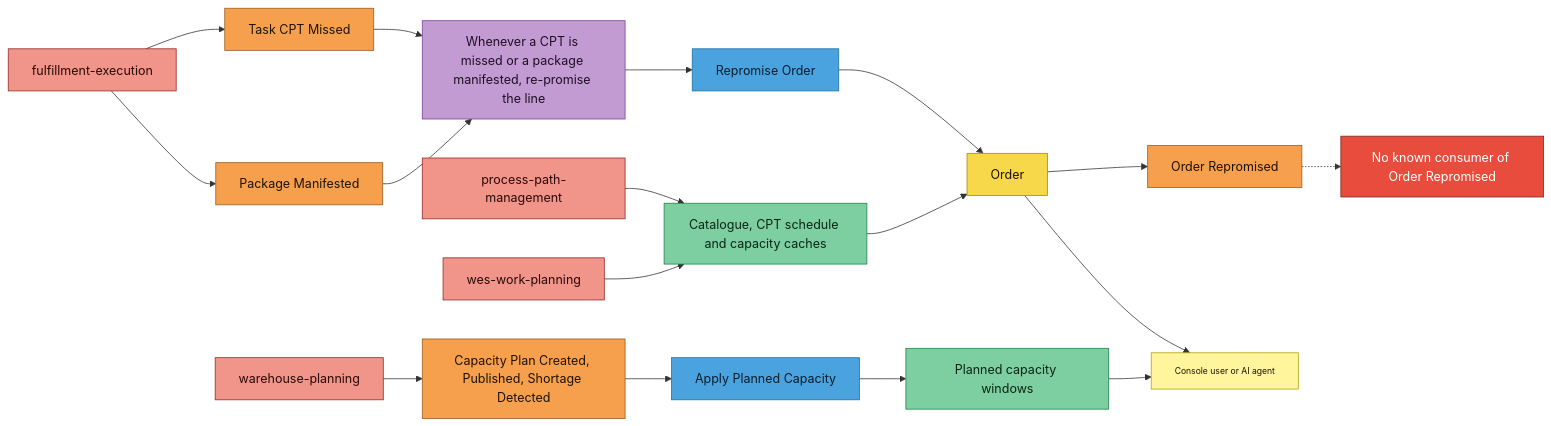
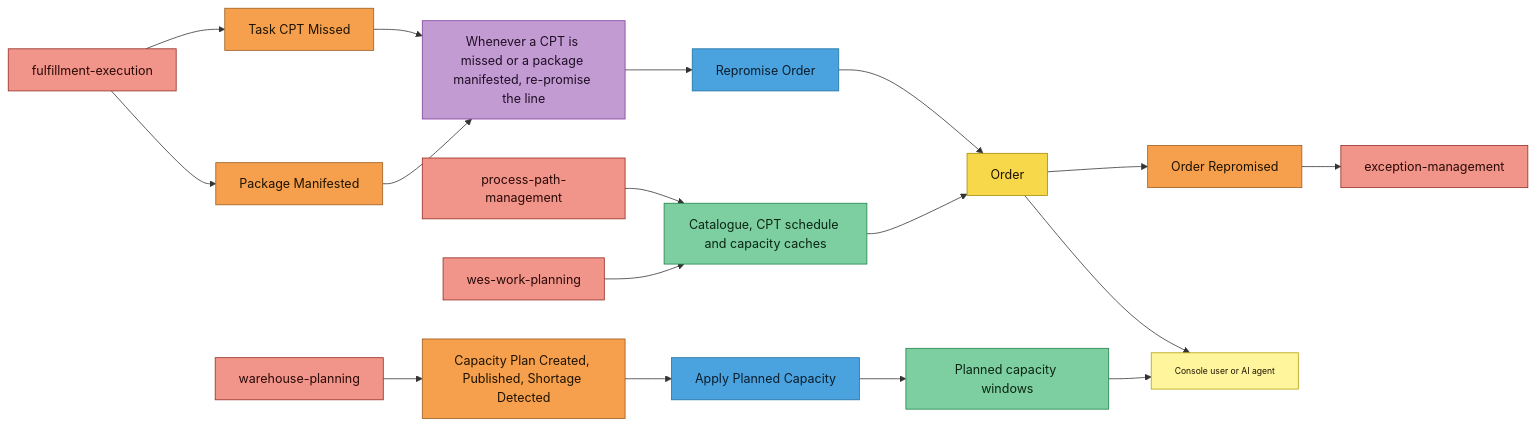
The fourth of 4 diagrams in docs/docs/ddd/eventstorming.md (IQVO/order-management), drawn with Mermaid before and after one commit. The commit also changed other lines of this file and 9 other files, not shown here.

Commit message:
docs(order-management): name the OrderRepromised and SiteSkuDemandChanged consumers and the orphaned-hold sweep owner

````diff
--- a/docs/docs/ddd/eventstorming.md
+++ b/docs/docs/ddd/eventstorming.md
@@ -169,39 +169,39 @@
 ```mermaid
 flowchart LR
   FE["fulfillment-execution"]:::external
   E10["Task CPT Missed"]:::event
   E11["Package Manifested"]:::event
   P6["Whenever a CPT is missed or a package manifested, re-promise the line"]:::policy
   RP["Repromise Order"]:::command
   O3["Order"]:::aggregate
   E12["Order Repromised"]:::event
   PPM["process-path-management"]:::external
   WPN["wes-work-planning"]:::external
   RM1["Catalogue, CPT schedule and capacity caches"]:::readmodel
   WPL["warehouse-planning"]:::external
   E13["Capacity Plan Created, Published, Shortage Detected"]:::event
   AP["Apply Planned Capacity"]:::command
   RM2["Planned capacity windows"]:::readmodel
   CON["Console user or AI agent"]:::actor
-  H5["No known consumer of Order Repromised"]:::hotspot
+  EXM["exception-management"]:::external
 
   FE --> E10 --> P6
   FE --> E11 --> P6
   P6 --> RP --> O3 --> E12
   PPM --> RM1
   WPN --> RM1
   RM1 --> O3
   WPL --> E13 --> AP --> RM2
   RM2 --> CON
   O3 --> CON
-  E12 -.-> H5
+  E12 --> EXM
 
   classDef actor fill:#fff59d,stroke:#b59f00,color:#1f1300,font-size:11px;
   classDef command fill:#4aa3df,stroke:#1f6f9f,color:#0b1e2d;
   classDef aggregate fill:#f7d84a,stroke:#a68b00,color:#1f1300;
   classDef event fill:#f6a04d,stroke:#9a5b1c,color:#1f1300;
   classDef policy fill:#c39bd3,stroke:#7d3c98,color:#1f0f26;
   classDef readmodel fill:#7dcea0,stroke:#1e8449,color:#0b2614;
   classDef external fill:#f1948a,stroke:#922b21,color:#2b0a07;
   classDef hotspot fill:#e74c3c,stroke:#78281f,color:#ffffff;
 ```
````
